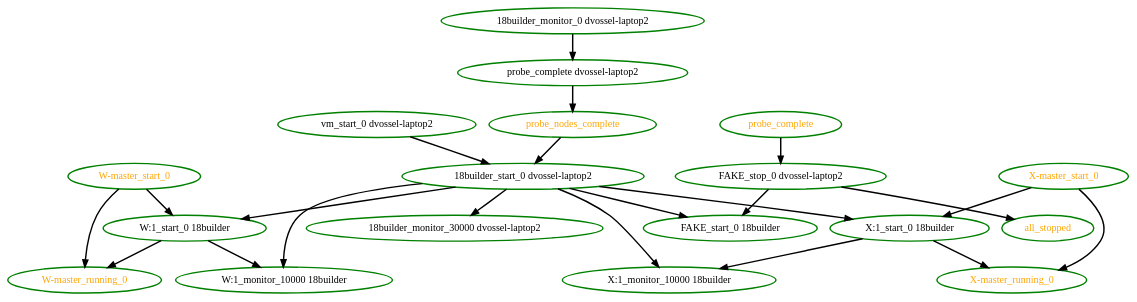
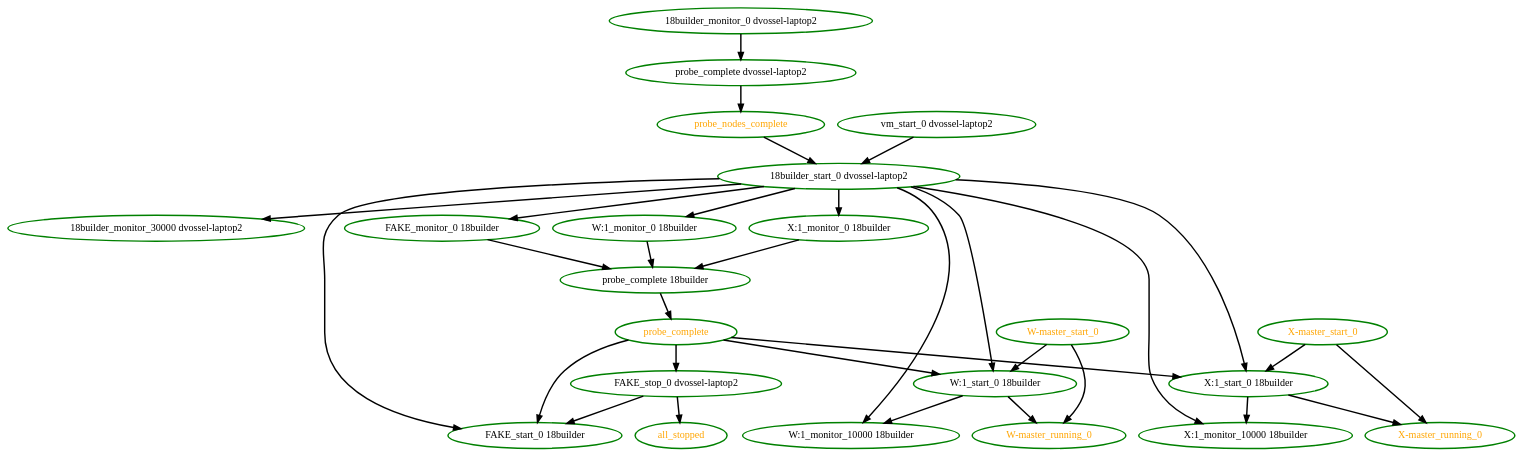
The diagram in pengine/test10/whitebox-fail3.dot (ClusterLabs/pacemaker), drawn with Graphviz before and after one commit. The commit also changed 26 other files, not shown here.

```diff
--- a/pengine/test10/whitebox-fail3.dot
+++ b/pengine/test10/whitebox-fail3.dot
@@ -1,41 +1,55 @@
 digraph "g" {
 "18builder_monitor_0 dvossel-laptop2" -> "probe_complete dvossel-laptop2" [ style = bold]
 "18builder_monitor_0 dvossel-laptop2" [ style=bold color="green" fontcolor="black"]
 "18builder_monitor_30000 dvossel-laptop2" [ style=bold color="green" fontcolor="black"]
 "18builder_start_0 dvossel-laptop2" -> "18builder_monitor_30000 dvossel-laptop2" [ style = bold]
+"18builder_start_0 dvossel-laptop2" -> "FAKE_monitor_0 18builder" [ style = bold]
 "18builder_start_0 dvossel-laptop2" -> "FAKE_start_0 18builder" [ style = bold]
+"18builder_start_0 dvossel-laptop2" -> "W:1_monitor_0 18builder" [ style = bold]
 "18builder_start_0 dvossel-laptop2" -> "W:1_monitor_10000 18builder" [ style = bold]
 "18builder_start_0 dvossel-laptop2" -> "W:1_start_0 18builder" [ style = bold]
+"18builder_start_0 dvossel-laptop2" -> "X:1_monitor_0 18builder" [ style = bold]
 "18builder_start_0 dvossel-laptop2" -> "X:1_monitor_10000 18builder" [ style = bold]
 "18builder_start_0 dvossel-laptop2" -> "X:1_start_0 18builder" [ style = bold]
 "18builder_start_0 dvossel-laptop2" [ style=bold color="green" fontcolor="black"]
+"FAKE_monitor_0 18builder" -> "probe_complete 18builder" [ style = bold]
+"FAKE_monitor_0 18builder" [ style=bold color="green" fontcolor="black"]
 "FAKE_start_0 18builder" [ style=bold color="green" fontcolor="black"]
 "FAKE_stop_0 dvossel-laptop2" -> "FAKE_start_0 18builder" [ style = bold]
 "FAKE_stop_0 dvossel-laptop2" -> "all_stopped" [ style = bold]
 "FAKE_stop_0 dvossel-laptop2" [ style=bold color="green" fontcolor="black"]
 "W-master_running_0" [ style=bold color="green" fontcolor="orange"]
 "W-master_start_0" -> "W-master_running_0" [ style = bold]
 "W-master_start_0" -> "W:1_start_0 18builder" [ style = bold]
 "W-master_start_0" [ style=bold color="green" fontcolor="orange"]
+"W:1_monitor_0 18builder" -> "probe_complete 18builder" [ style = bold]
+"W:1_monitor_0 18builder" [ style=bold color="green" fontcolor="black"]
 "W:1_monitor_10000 18builder" [ style=bold color="green" fontcolor="black"]
 "W:1_start_0 18builder" -> "W-master_running_0" [ style = bold]
 "W:1_start_0 18builder" -> "W:1_monitor_10000 18builder" [ style = bold]
 "W:1_start_0 18builder" [ style=bold color="green" fontcolor="black"]
 "X-master_running_0" [ style=bold color="green" fontcolor="orange"]
 "X-master_start_0" -> "X-master_running_0" [ style = bold]
 "X-master_start_0" -> "X:1_start_0 18builder" [ style = bold]
 "X-master_start_0" [ style=bold color="green" fontcolor="orange"]
+"X:1_monitor_0 18builder" -> "probe_complete 18builder" [ style = bold]
+"X:1_monitor_0 18builder" [ style=bold color="green" fontcolor="black"]
 "X:1_monitor_10000 18builder" [ style=bold color="green" fontcolor="black"]
 "X:1_start_0 18builder" -> "X-master_running_0" [ style = bold]
 "X:1_start_0 18builder" -> "X:1_monitor_10000 18builder" [ style = bold]
 "X:1_start_0 18builder" [ style=bold color="green" fontcolor="black"]
 "all_stopped" [ style=bold color="green" fontcolor="orange"]
+"probe_complete 18builder" -> "probe_complete" [ style = bold]
+"probe_complete 18builder" [ style=bold color="green" fontcolor="black"]
 "probe_complete dvossel-laptop2" -> "probe_nodes_complete" [ style = bold]
 "probe_complete dvossel-laptop2" [ style=bold color="green" fontcolor="black"]
+"probe_complete" -> "FAKE_start_0 18builder" [ style = bold]
 "probe_complete" -> "FAKE_stop_0 dvossel-laptop2" [ style = bold]
+"probe_complete" -> "W:1_start_0 18builder" [ style = bold]
+"probe_complete" -> "X:1_start_0 18builder" [ style = bold]
 "probe_complete" [ style=bold color="green" fontcolor="orange"]
 "probe_nodes_complete" -> "18builder_start_0 dvossel-laptop2" [ style = bold]
 "probe_nodes_complete" [ style=bold color="green" fontcolor="orange"]
 "vm_start_0 dvossel-laptop2" -> "18builder_start_0 dvossel-laptop2" [ style = bold]
 "vm_start_0 dvossel-laptop2" [ style=bold color="green" fontcolor="black"]
 }
```
